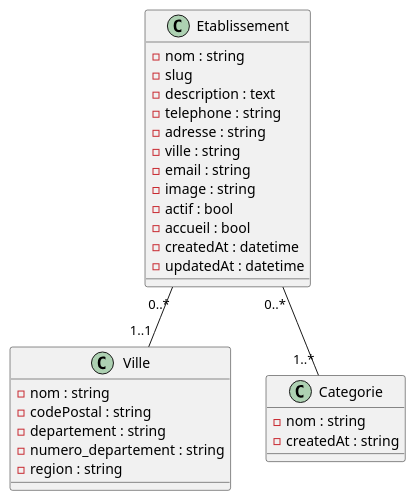
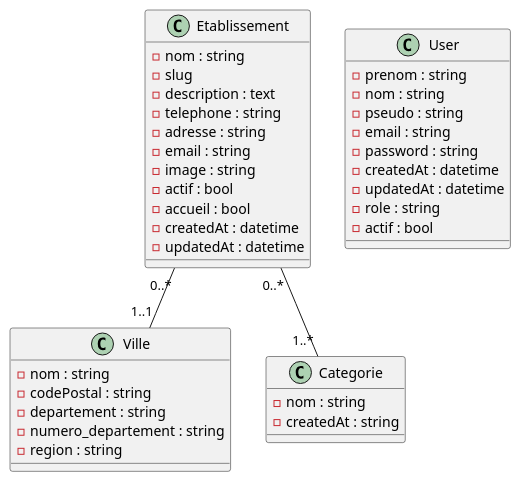
Before and after one commit to tvGuy2/Projet_tourisme: the diagram in documentation/diagramme_de_classe.puml, drawn with PlantUML. The commit also changed 14 other files, not shown here.

```diff
--- a/documentation/diagramme_de_classe.puml
+++ b/documentation/diagramme_de_classe.puml
@@ -1,37 +1,48 @@
 @startuml
 
 
 class Etablissement {
 -nom : string
 -slug
 -description : text
 -telephone : string
 -adresse : string
--ville : string
 -email : string
 -image : string
 -actif : bool
 -accueil : bool
 -createdAt : datetime
 -updatedAt : datetime
 }
 
 class Ville {
 -nom : string
 -codePostal : string
 -departement : string
 -numero_departement : string
 -region : string
 }
 
 class Categorie {
 -nom : string
 -createdAt : string
 }
 
+class User {
+-prenom : string
+-nom : string
+-pseudo : string
+-email : string
+-password : string
+-createdAt : datetime
+-updatedAt : datetime
+-role : string
+-actif : bool
+}
+
 Etablissement "0..*" -- "1..*" Categorie
 Etablissement "0..*" -- "1..1" Ville
 
 
 
 @enduml
```
